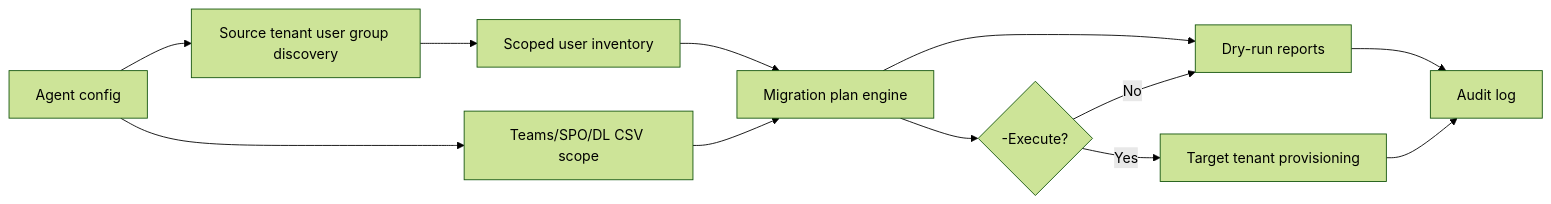
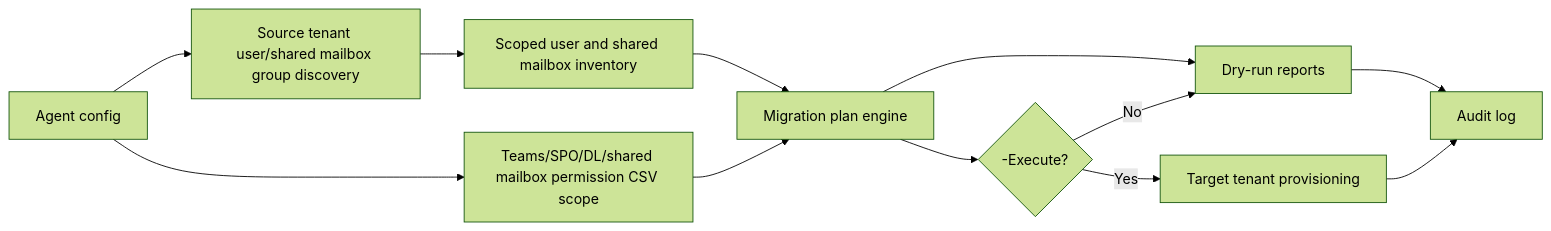
One commit to GobindGahir/m365-tenant-migration-agent changed the diagram in docs/architecture.md. Above: the diagram before and after it, drawn with Mermaid (forest theme). The commit also changed 10 other files, not shown here.

Commit message:
Add shared mailbox scope and permission provisioning

````diff
--- a/docs/architecture.md
+++ b/docs/architecture.md
@@ -5,14 +5,14 @@
 ```mermaid
 flowchart LR
-    Config["Agent config"] --> Source["Source tenant user group discovery"]
-    Config --> Scope["Teams/SPO/DL CSV scope"]
-    Source --> Inventory["Scoped user inventory"]
+    Config["Agent config"] --> Source["Source tenant user/shared mailbox group discovery"]
+    Config --> Scope["Teams/SPO/DL/shared mailbox permission CSV scope"]
+    Source --> Inventory["Scoped user and shared mailbox inventory"]
     Scope --> Plan
     Inventory --> Plan["Migration plan engine"]
     Plan --> DryRun["Dry-run reports"]
     Plan --> Execute{"-Execute?"}
     Execute -->|No| DryRun
     Execute -->|Yes| Target["Target tenant provisioning"]
     Target --> Audit["Audit log"]
     DryRun --> Audit
 ```
````
